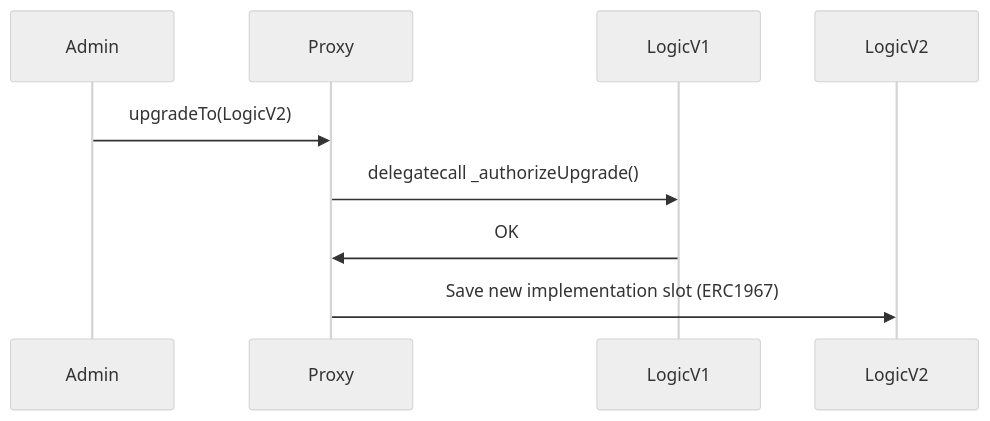
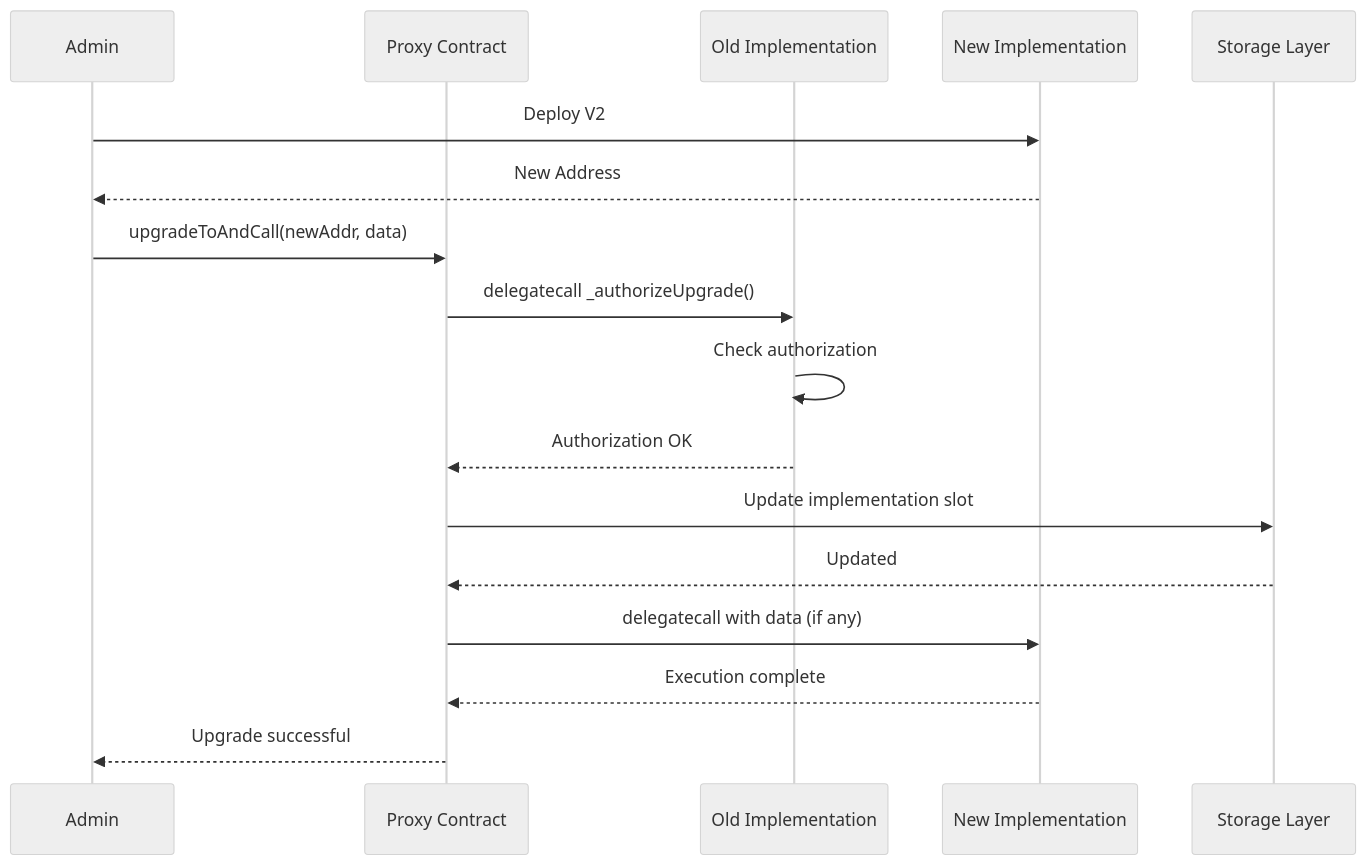
Before and after one commit to vector-org/evm-contracts: the seventh of 17 diagrams in docs/SmartContractUpgradeability.md, drawn with Mermaid (neutral theme). The commit also changed other lines of this file, not shown here.

First line of the commit message:
docs(smart-contract-uups): smart contract uup standard doc

````diff
--- a/docs/SmartContractUpgradeability.md
+++ b/docs/SmartContractUpgradeability.md
@@ -202,12 +252,20 @@
 ```mermaid
 sequenceDiagram
-  participant Admin
-  participant Proxy
-  participant LogicV1
-  participant LogicV2
-
-  Admin->>Proxy: upgradeTo(LogicV2)
-  Proxy->>LogicV1: delegatecall _authorizeUpgrade()
-  LogicV1->>Proxy: OK
-  Proxy->>LogicV2: Save new implementation slot (ERC1967)
+    participant Admin
+    participant Proxy as Proxy Contract
+    participant OldImpl as Old Implementation
+    participant NewImpl as New Implementation
+    participant Storage as Storage Layer
+    
+    Admin->>NewImpl: Deploy V2
+    NewImpl-->>Admin: New Address
+    Admin->>Proxy: upgradeToAndCall(newAddr, data)
+    Proxy->>OldImpl: delegatecall _authorizeUpgrade()
+    OldImpl->>OldImpl: Check authorization
+    OldImpl-->>Proxy: Authorization OK
+    Proxy->>Storage: Update implementation slot
+    Storage-->>Proxy: Updated
+    Proxy->>NewImpl: delegatecall with data (if any)
+    NewImpl-->>Proxy: Execution complete
+    Proxy-->>Admin: Upgrade successful
 ```
````
